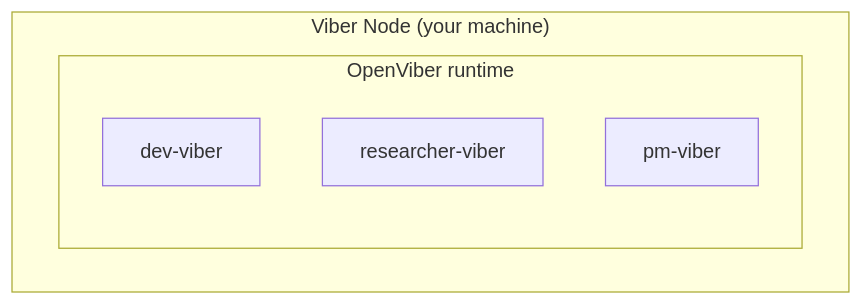
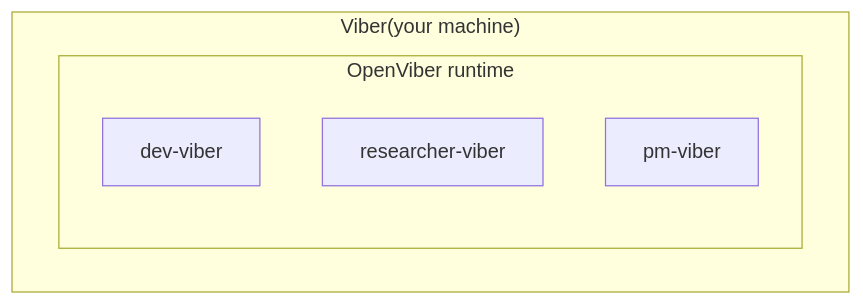
One commit to dustland/openviber changed the diagram in docs/concepts/viber.md. Above: the diagram before and after it, drawn with Mermaid. The commit also changed 9 other files, not shown here.

````diff
--- a/docs/concepts/viber.md
+++ b/docs/concepts/viber.md
@@ -9,10 +9,10 @@
 ```mermaid
 graph TB
-    subgraph node["Viber Node (your machine)"]
+    subgraph node["Viber(your machine)"]
         subgraph openviber["OpenViber runtime"]
             v1["dev-viber"]
             v2["researcher-viber"]
             v3["pm-viber"]
         end
     end
 ```
````
